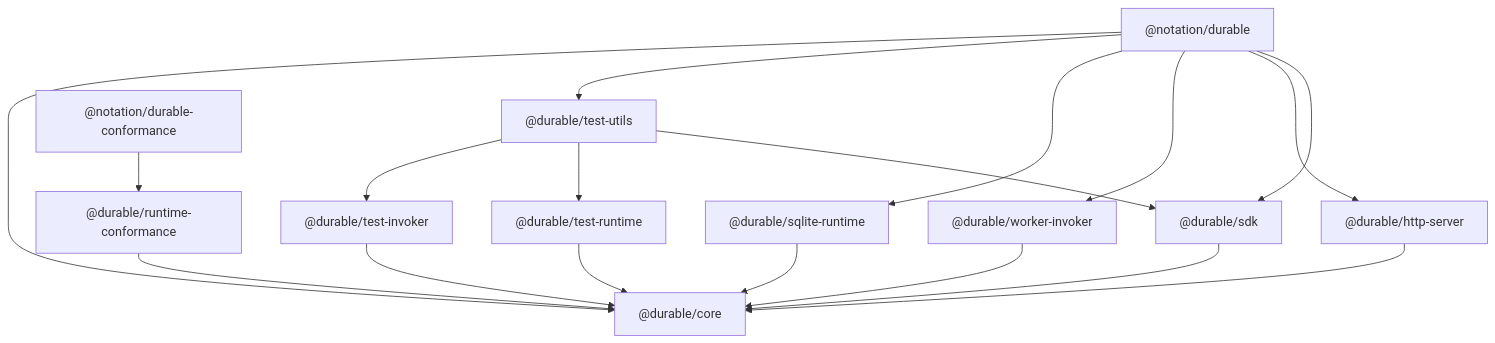
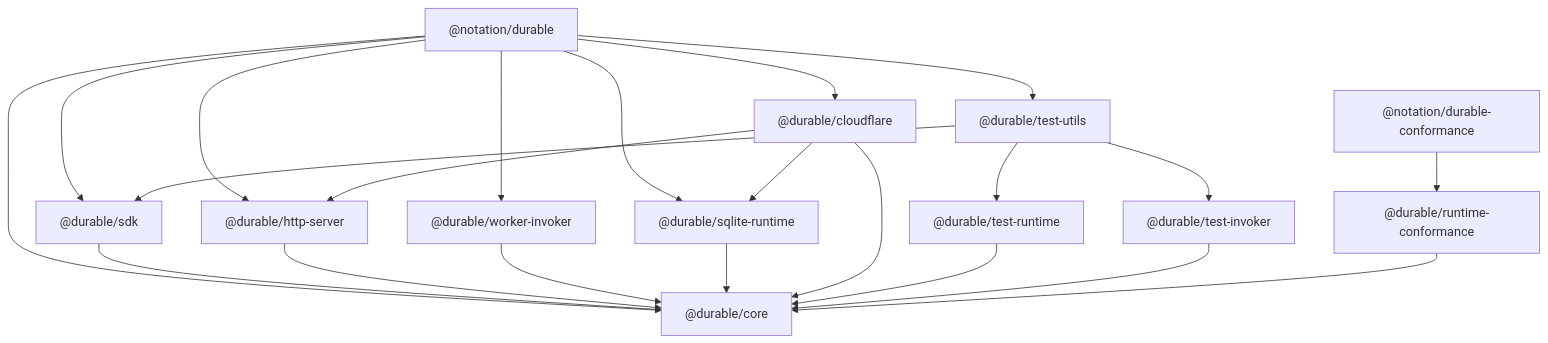
The diagram in docs/internals/architecture.md (notationlabs/durable), drawn with Mermaid before and after one commit. The commit also changed other lines of this file and 9 other files, not shown here.

````diff
--- a/docs/internals/architecture.md
+++ b/docs/internals/architecture.md
@@ -9,20 +9,24 @@
 ```mermaid [workspace package dependency graph]
 flowchart TD
   PUB_DURABLE["@notation/durable"] --> SDK["@durable/sdk"]
   PUB_DURABLE --> HTTP["@durable/http-server"]
   PUB_DURABLE --> WORKER["@durable/worker-invoker"]
   PUB_DURABLE --> SQLITE["@durable/sqlite-runtime"]
+  PUB_DURABLE --> CF["@durable/cloudflare"]
   PUB_DURABLE --> TEST_UTILS["@durable/test-utils"]
   PUB_DURABLE --> CORE["@durable/core"]
   PUB_CONF["@notation/durable-conformance"] --> CONF["@durable/runtime-conformance"]
   TEST_UTILS --> SDK
   TEST_UTILS --> TEST_RT["@durable/test-runtime"]
   TEST_UTILS --> TEST_INV["@durable/test-invoker"]
   SDK --> CORE
   HTTP --> CORE
   WORKER --> CORE
   SQLITE --> CORE
+  CF --> SQLITE
+  CF --> HTTP
+  CF --> CORE
   TEST_RT --> CORE
   TEST_INV --> CORE
   CONF --> CORE
 ```
````
